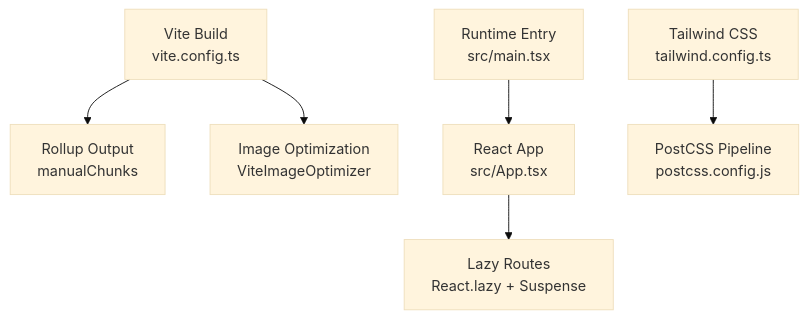
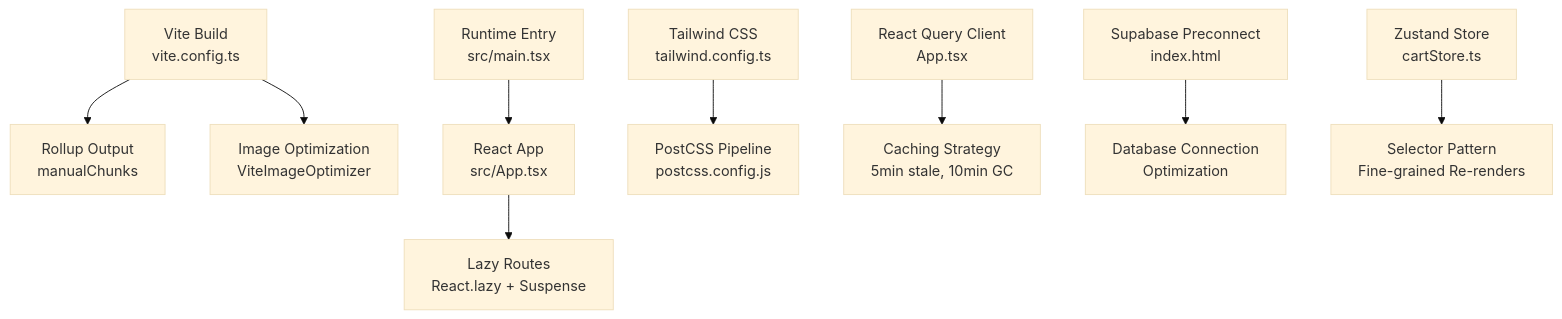
Before and after one commit to Hawky1/ryland: the first of 10 diagrams in .qoder/repowiki/en/content/Performance Optimization.md, drawn with Mermaid (base theme). The commit also changed other lines of this file and 7 other files, not shown here.

````diff
--- a/.qoder/repowiki/en/content/Performance Optimization.md
+++ b/.qoder/repowiki/en/content/Performance Optimization.md
@@ -35,8 +51,11 @@
 ```mermaid
 graph TB
 A["Vite Build<br/>vite.config.ts"] --> B["Rollup Output<br/>manualChunks"]
 A --> C["Image Optimization<br/>ViteImageOptimizer"]
 D["React App<br/>src/App.tsx"] --> E["Lazy Routes<br/>React.lazy + Suspense"]
 F["Tailwind CSS<br/>tailwind.config.ts"] --> G["PostCSS Pipeline<br/>postcss.config.js"]
 H["Runtime Entry<br/>src/main.tsx"] --> D
+I["React Query Client<br/>App.tsx"] --> J["Caching Strategy<br/>5min stale, 10min GC"]
+K["Supabase Preconnect<br/>index.html"] --> L["Database Connection<br/>Optimization"]
+M["Zustand Store<br/>cartStore.ts"] --> N["Selector Pattern<br/>Fine-grained Re-renders"]
 ```
````
